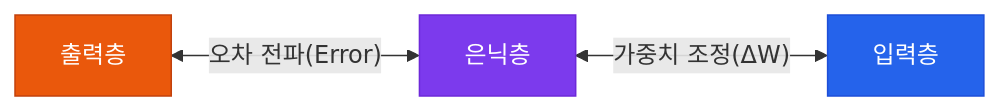
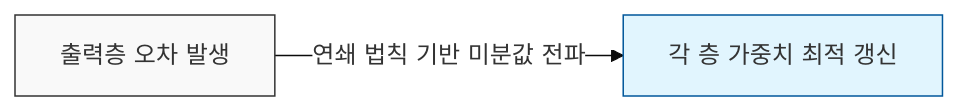
Before and after one commit to jeonck/ai-eng: the first of 2 diagrams in docs/infrastructure/models/backpropagation.md, drawn with Mermaid. The commit also changed other lines of this file and 15 other files, not shown here.

````diff
--- a/docs/infrastructure/models/backpropagation.md
+++ b/docs/infrastructure/models/backpropagation.md
@@ -10,9 +10,7 @@
 ```mermaid
-graph RL
-    A1["입력층"] <-->|"가중치 조정(ΔW)"| B1["은닉층"]
-    B1 <-->|"오차 전파(Error)"| C1["출력층"]
-
-    style A1 fill:#2563EB,stroke:#1D4ED8,color:#fff
-    style B1 fill:#7C3AED,stroke:#6D28D9,color:#fff
-    style C1 fill:#EA580C,stroke:#C2410C,color:#fff
+%%{init: { 'theme': 'base', 'themeVariables': { 'edgeLabelBackground': '#fff' }}}%%
+flowchart LR
+    A1["출력층 오차 발생"] -- "연쇄 법칙 기반 미분값 전파" --> B1["각 층 가중치 최적 갱신"]
+    style A1 fill:#f9f9f9,stroke:#333,stroke-width:1px
+    style B1 fill:#e1f5fe,stroke:#01579b,stroke-width:1px
 ```
````
